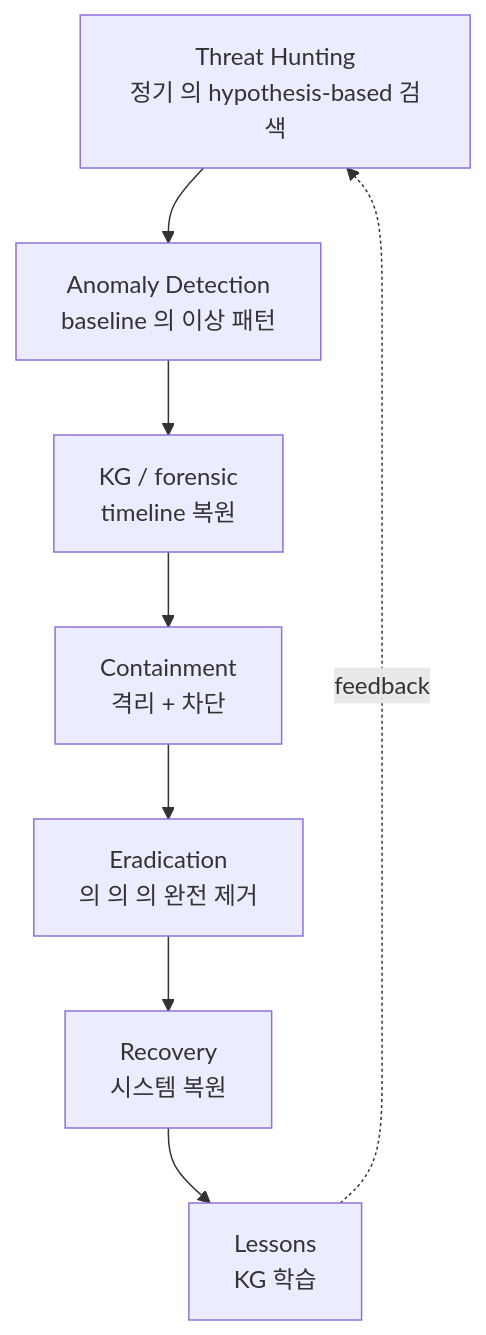
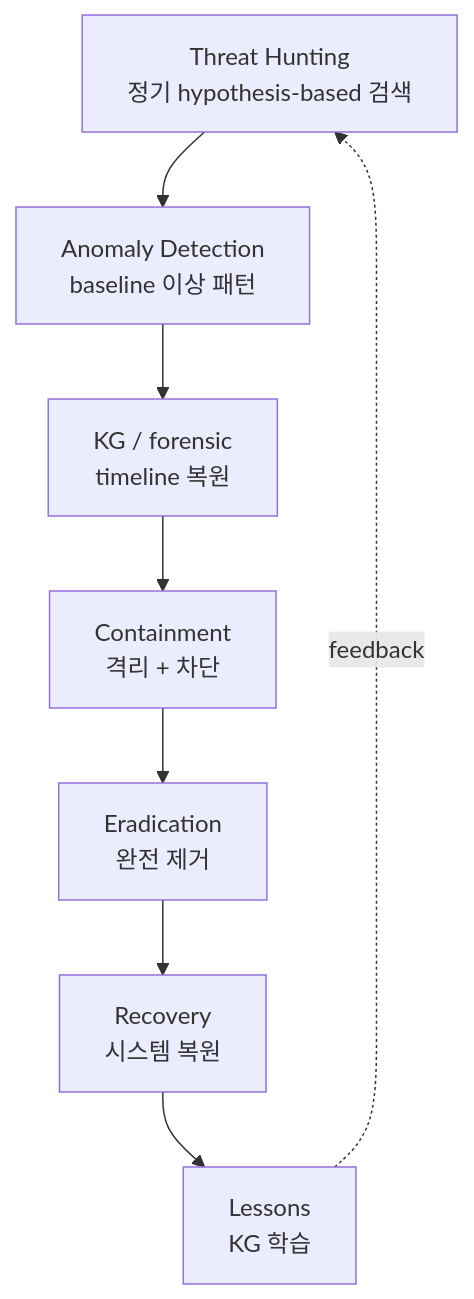
The second of 3 diagrams in contents/standalone/lecture/aisec/week15.md (mrgrit/ccc), drawn with Mermaid before and after one commit. The commit also changed other lines of this file and 14 other files, not shown here.

````diff
--- a/contents/standalone/lecture/aisec/week15.md
+++ b/contents/standalone/lecture/aisec/week15.md
@@ -180,18 +327,18 @@
 ```mermaid
 flowchart TB
-    HUNT[Threat Hunting<br/>정기 의 hypothesis-based 검색]
-    DETECT[Anomaly Detection<br/>baseline 의 이상 패턴]
+    HUNT[Threat Hunting<br/>정기 hypothesis-based 검색]
+    DETECT[Anomaly Detection<br/>baseline 이상 패턴]
     ANALYZE[KG / forensic<br/>timeline 복원]
     CONTAIN[Containment<br/>격리 + 차단]
-    ERAD[Eradication<br/>의 의 의 완전 제거]
+    ERAD[Eradication<br/>완전 제거]
     RECOV[Recovery<br/>시스템 복원]
     LESSON[Lessons<br/>KG 학습]
 
     HUNT --> DETECT
     DETECT --> ANALYZE
     ANALYZE --> CONTAIN
     CONTAIN --> ERAD
     ERAD --> RECOV
     RECOV --> LESSON
     LESSON -.feedback.-> HUNT
 ```
````
